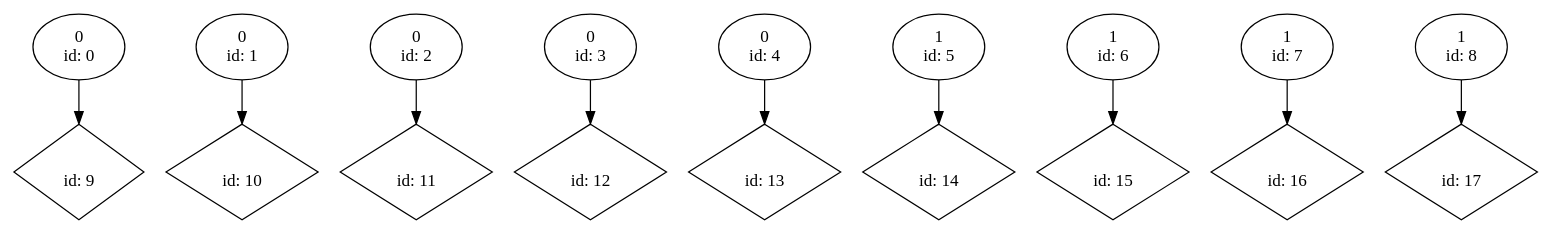
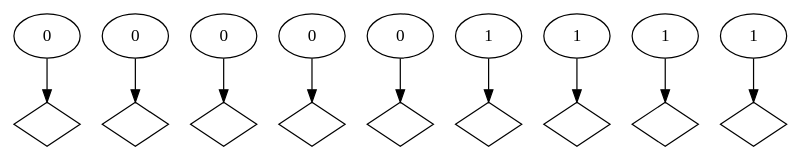
One commit to p9romain/bool-circuits changed the diagram in dot_files/bool_circ/from_int.dot. Above: the diagram before and after it, drawn with Graphviz. The commit also changed 215 other files, not shown here.

```diff
--- a/dot_files/bool_circ/from_int.dot
+++ b/dot_files/bool_circ/from_int.dot
@@ -1,29 +1,29 @@
 digraph G {
-n0 [label="0\n id: 0"];
-n1 [label="0\n id: 1"];
-n2 [label="0\n id: 2"];
-n3 [label="0\n id: 3"];
-n4 [label="0\n id: 4"];
-n5 [label="1\n id: 5"];
-n6 [label="1\n id: 6"];
-n7 [label="1\n id: 7"];
-n8 [label="1\n id: 8"];
-n9 [label="\n id: 9",shape="diamond"];
-n10 [label="\n id: 10",shape="diamond"];
-n11 [label="\n id: 11",shape="diamond"];
-n12 [label="\n id: 12",shape="diamond"];
-n13 [label="\n id: 13",shape="diamond"];
-n14 [label="\n id: 14",shape="diamond"];
-n15 [label="\n id: 15",shape="diamond"];
-n16 [label="\n id: 16",shape="diamond"];
-n17 [label="\n id: 17",shape="diamond"];
+n0 [label="0"];
+n1 [label="0"];
+n2 [label="0"];
+n3 [label="0"];
+n4 [label="0"];
+n5 [label="1"];
+n6 [label="1"];
+n7 [label="1"];
+n8 [label="1"];
+n9 [label="",shape="diamond"];
+n10 [label="",shape="diamond"];
+n11 [label="",shape="diamond"];
+n12 [label="",shape="diamond"];
+n13 [label="",shape="diamond"];
+n14 [label="",shape="diamond"];
+n15 [label="",shape="diamond"];
+n16 [label="",shape="diamond"];
+n17 [label="",shape="diamond"];
 n0 -> n9
 n1 -> n10
 n2 -> n11
 n3 -> n12
 n4 -> n13
 n5 -> n14
 n6 -> n15
 n7 -> n16
 n8 -> n17
 }
```
